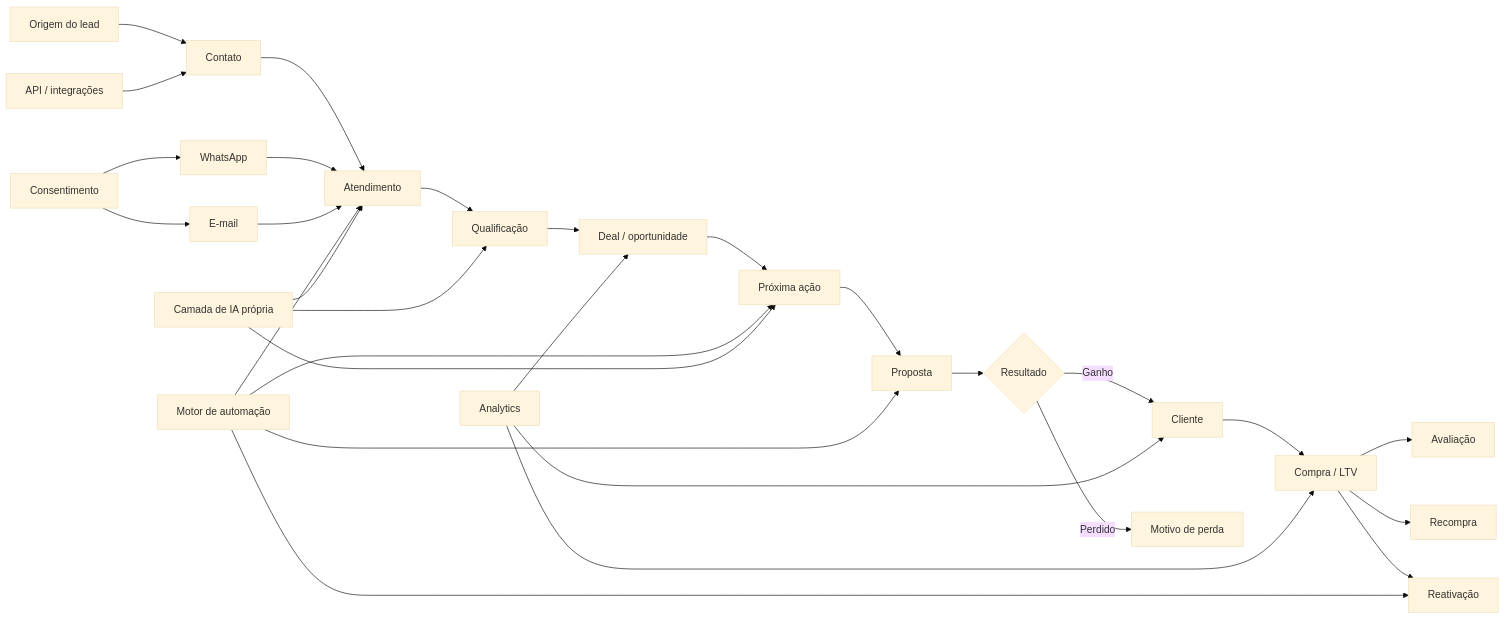
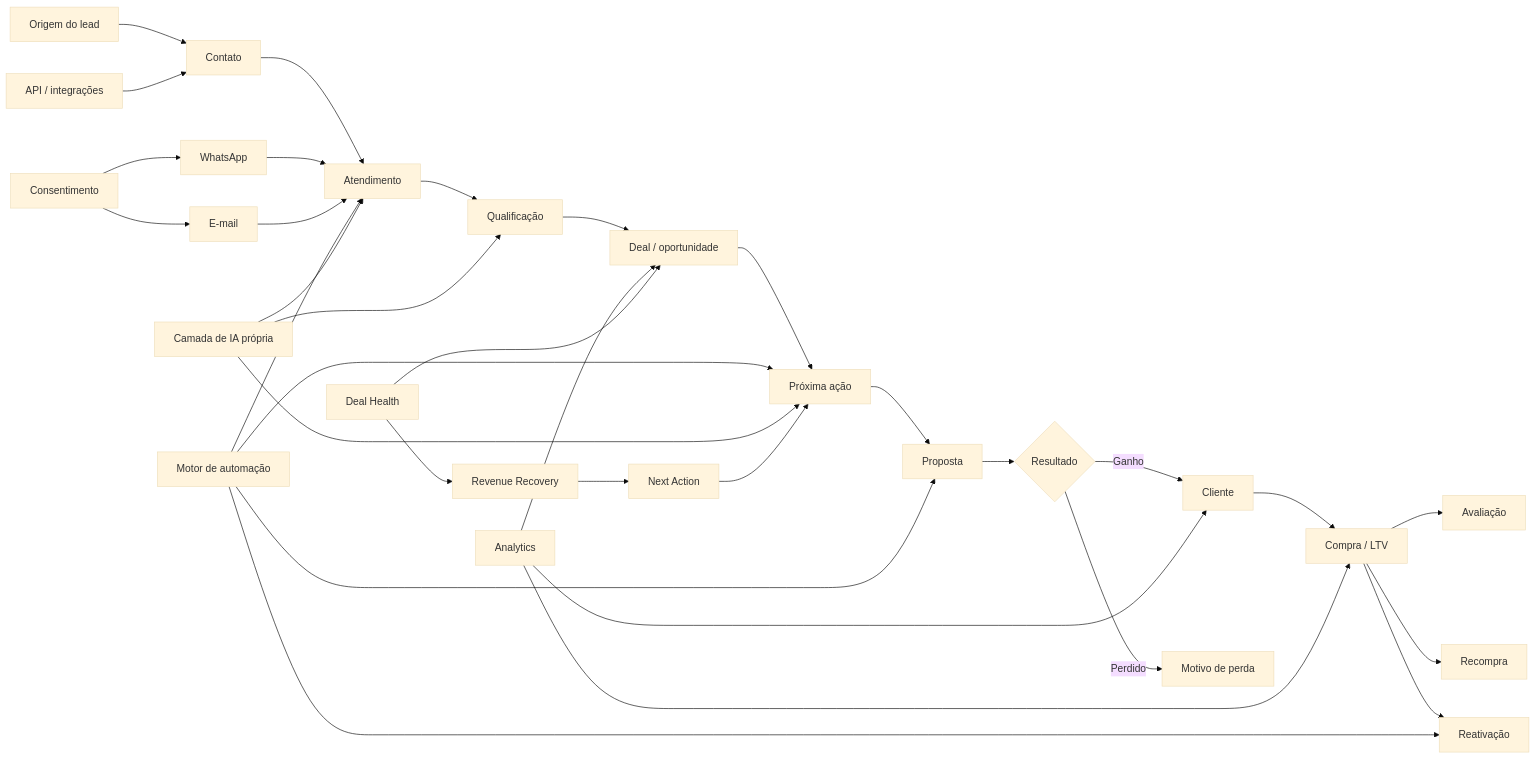
The first of 7 diagrams in docs/SYSTEM_MAP.md (andreydecorvital-sudo/CRM), drawn with Mermaid (base theme) before and after one commit. The commit also changed other lines of this file and 18 other files, not shown here.

Commit message:
feat: add revenue recovery and next action intelligence

````diff
--- a/docs/SYSTEM_MAP.md
+++ b/docs/SYSTEM_MAP.md
@@ -15,36 +15,41 @@
 ```mermaid
 flowchart LR
   A[Origem do lead] --> B[Contato]
   B --> C[Atendimento]
   C --> D[Qualificação]
   D --> E[Deal / oportunidade]
   E --> F[Próxima ação]
   F --> G[Proposta]
   G --> H{Resultado}
   H -->|Ganho| I[Cliente]
   H -->|Perdido| J[Motivo de perda]
   I --> K[Compra / LTV]
   K --> L[Avaliação]
   K --> M[Recompra]
   K --> N[Reativação]
 
   W[WhatsApp] --> C
   EM[E-mail] --> C
   API[API / integrações] --> B
 
   AUTO[Motor de automação] --> F
   AUTO --> C
   AUTO --> G
   AUTO --> N
 
   AI[Camada de IA própria] --> C
   AI --> D
   AI --> F
 
   CONS[Consentimento] --> W
   CONS --> EM
 
   ANALYTICS[Analytics] --> E
   ANALYTICS --> I
   ANALYTICS --> K
+
+  HEALTH[Deal Health] --> E
+  HEALTH --> RECOVERY[Revenue Recovery]
+  RECOVERY --> NEXT[Next Action]
+  NEXT --> F
 ```
````
